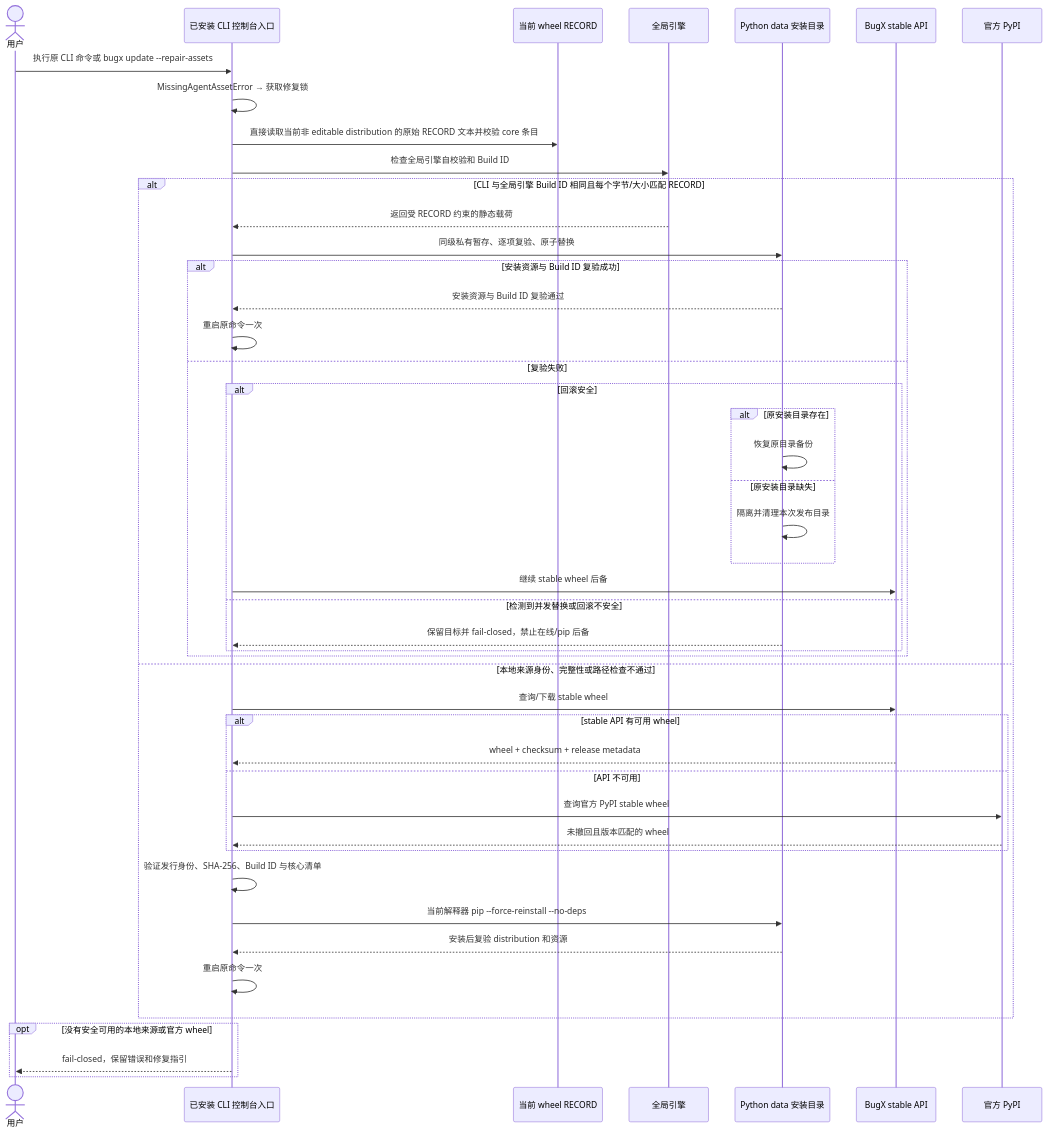
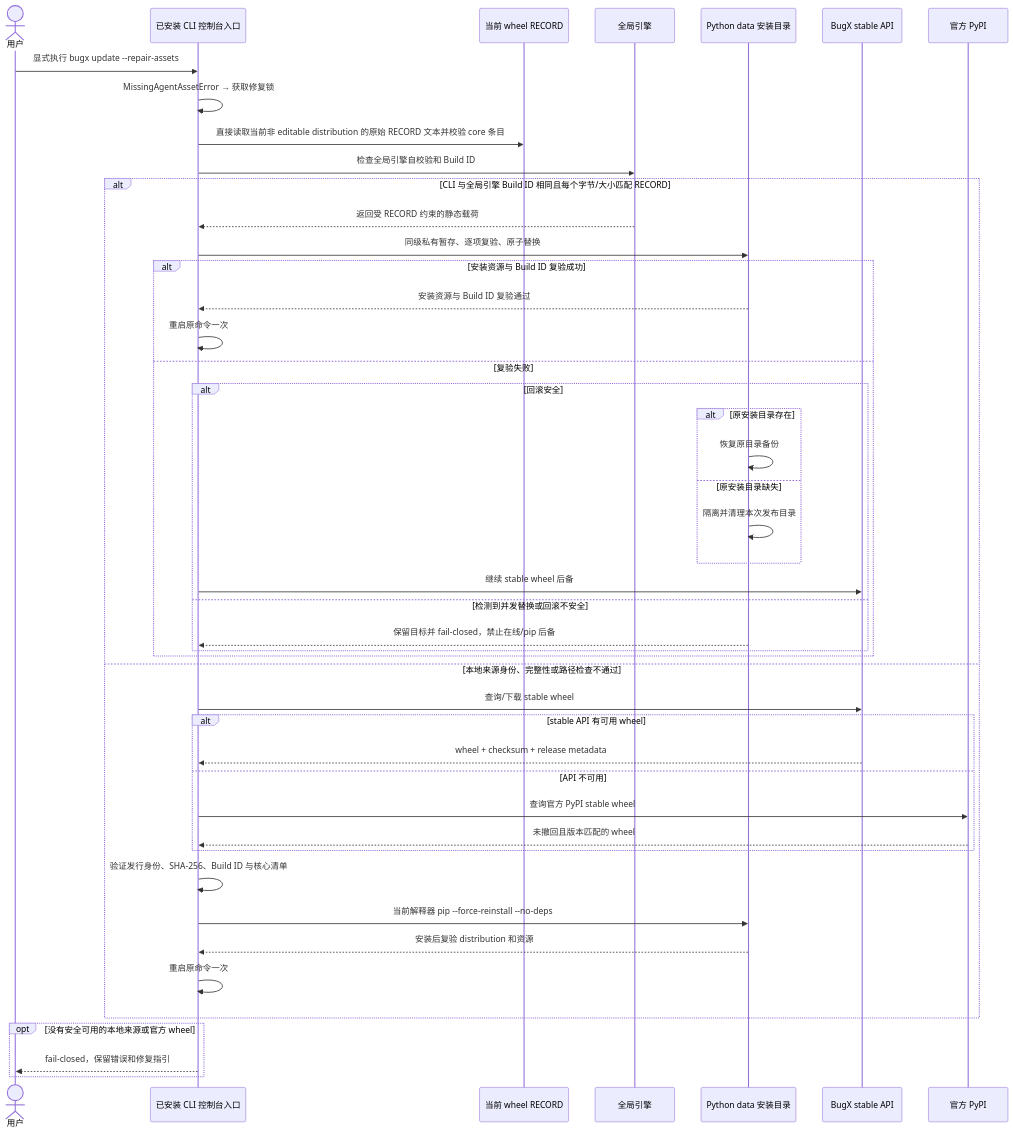
The first of 28 diagrams in docs/02_architecture/03_BUGX_AUDIT_FLOW.md (Bencibr/bugx), drawn with Mermaid before and after one commit. The commit also changed other lines of this file and 84 other files, not shown here.

````diff
--- a/docs/02_architecture/03_BUGX_AUDIT_FLOW.md
+++ b/docs/02_architecture/03_BUGX_AUDIT_FLOW.md
@@ -14,49 +34,49 @@
 ```mermaid
 sequenceDiagram
     actor U as 用户
     participant C as 已安装 CLI 控制台入口
     participant L as 当前 wheel RECORD
     participant G as 全局引擎
     participant P as Python data 安装目录
     participant A as BugX stable API
     participant Y as 官方 PyPI
 
-    U->>C: 执行原 CLI 命令或 bugx update --repair-assets
+    U->>C: 显式执行 bugx update --repair-assets
     C->>C: MissingAgentAssetError → 获取修复锁
     C->>L: 直接读取当前非 editable distribution 的原始 RECORD 文本并校验 core 条目
     C->>G: 检查全局引擎自校验和 Build ID
     alt CLI 与全局引擎 Build ID 相同且每个字节/大小匹配 RECORD
         G-->>C: 返回受 RECORD 约束的静态载荷
         C->>P: 同级私有暂存、逐项复验、原子替换
         alt 安装资源与 Build ID 复验成功
             P-->>C: 安装资源与 Build ID 复验通过
             C->>C: 重启原命令一次
         else 复验失败
             alt 回滚安全
                 alt 原安装目录存在
                     P->>P: 恢复原目录备份
                 else 原安装目录缺失
                     P->>P: 隔离并清理本次发布目录
                 end
                 C->>A: 继续 stable wheel 后备
             else 检测到并发替换或回滚不安全
                 P-->>C: 保留目标并 fail-closed，禁止在线/pip 后备
             end
         end
     else 本地来源身份、完整性或路径检查不通过
         C->>A: 查询/下载 stable wheel
         alt stable API 有可用 wheel
             A-->>C: wheel + checksum + release metadata
         else API 不可用
             C->>Y: 查询官方 PyPI stable wheel
             Y-->>C: 未撤回且版本匹配的 wheel
         end
         C->>C: 验证发行身份、SHA-256、Build ID 与核心清单
         C->>P: 当前解释器 pip --force-reinstall --no-deps
         P-->>C: 安装后复验 distribution 和资源
         C->>C: 重启原命令一次
     end
     opt 没有安全可用的本地来源或官方 wheel
         C-->>U: fail-closed，保留错误和修复指引
     end
 ```
````
